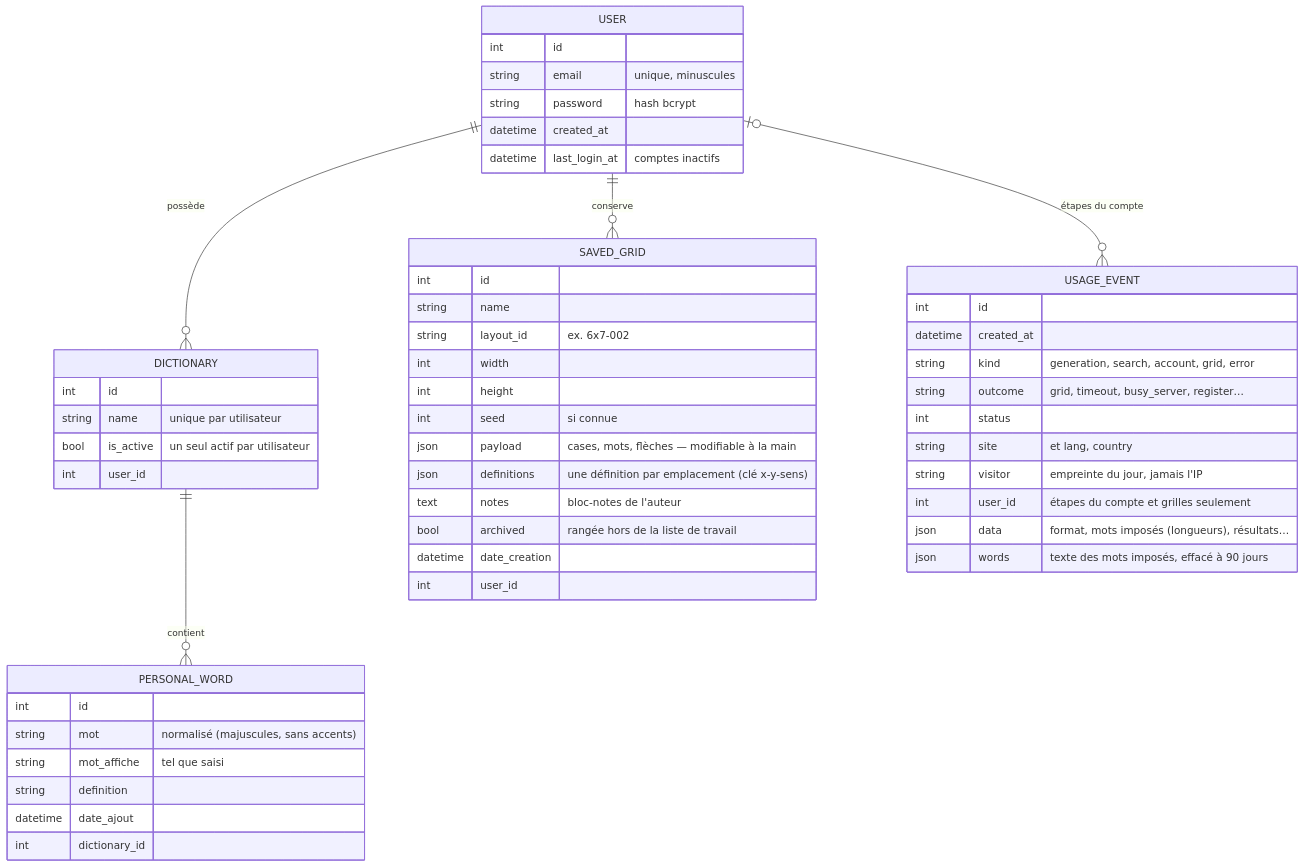
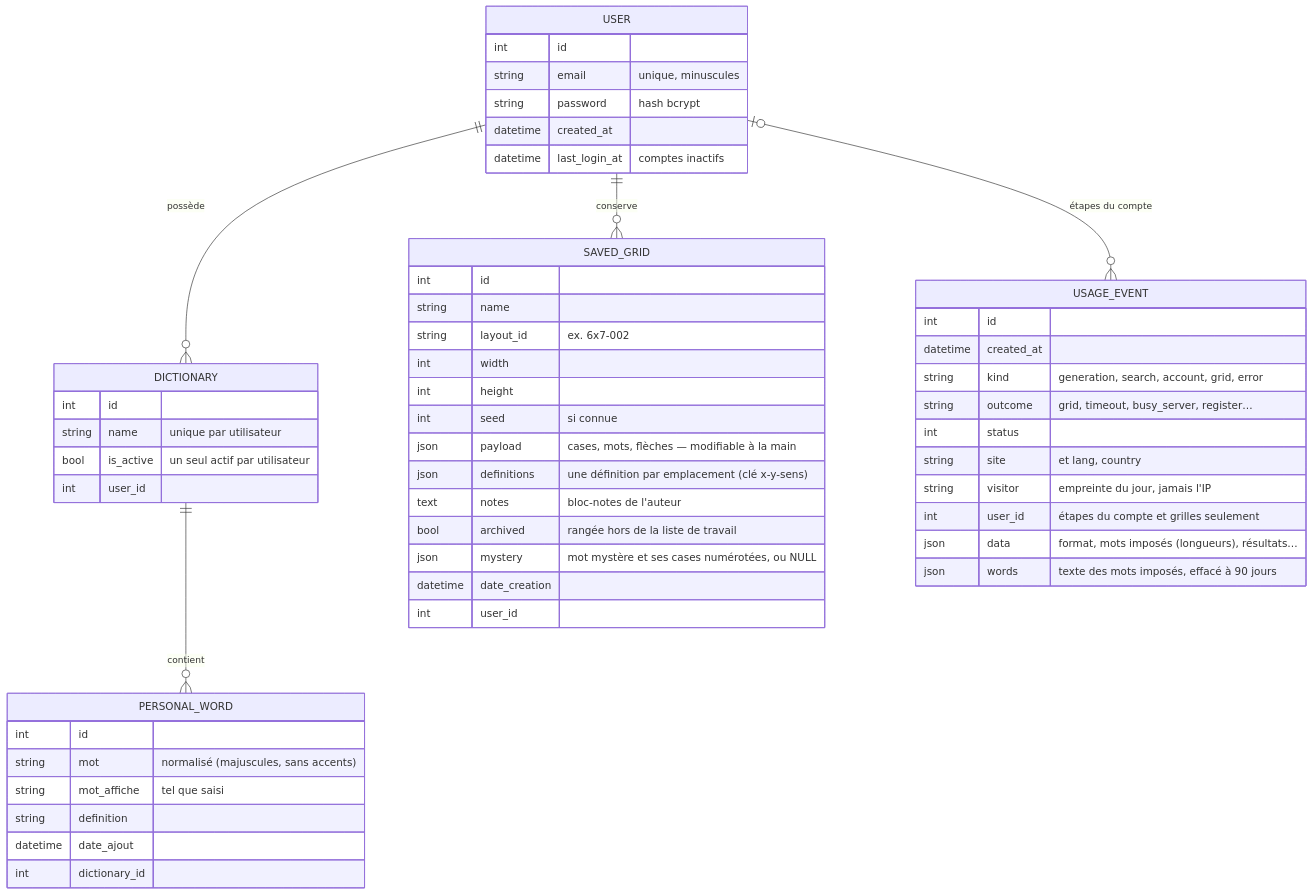
The second of 3 diagrams in docs/ARCHITECTURE.md (maximefd/leflechoir-site), drawn with Mermaid before and after one commit. The commit also changed other lines of this file and 76 other files, not shown here.

````diff
--- a/docs/ARCHITECTURE.md
+++ b/docs/ARCHITECTURE.md
@@ -96,54 +97,55 @@
 ```mermaid
 erDiagram
     USER ||--o{ DICTIONARY : possède
     USER ||--o{ SAVED_GRID : conserve
     USER |o--o{ USAGE_EVENT : "étapes du compte"
     DICTIONARY ||--o{ PERSONAL_WORD : contient
     USER {
         int id
         string email "unique, minuscules"
         string password "hash bcrypt"
         datetime created_at
         datetime last_login_at "comptes inactifs"
     }
     DICTIONARY {
         int id
         string name "unique par utilisateur"
         bool is_active "un seul actif par utilisateur"
         int user_id
     }
     PERSONAL_WORD {
         int id
         string mot "normalisé (majuscules, sans accents)"
         string mot_affiche "tel que saisi"
         string definition
         datetime date_ajout
         int dictionary_id
     }
     SAVED_GRID {
         int id
         string name
         string layout_id "ex. 6x7-002"
         int width
         int height
         int seed "si connue"
         json payload "cases, mots, flèches — modifiable à la main"
         json definitions "une définition par emplacement (clé x-y-sens)"
         text notes "bloc-notes de l'auteur"
         bool archived "rangée hors de la liste de travail"
+        json mystery "mot mystère et ses cases numérotées, ou NULL"
         datetime date_creation
         int user_id
     }
     USAGE_EVENT {
         int id
         datetime created_at
         string kind "generation, search, account, grid, error"
         string outcome "grid, timeout, busy_server, register…"
         int status
         string site "et lang, country"
         string visitor "empreinte du jour, jamais l'IP"
         int user_id "étapes du compte et grilles seulement"
         json data "format, mots imposés (longueurs), résultats…"
         json words "texte des mots imposés, effacé à 90 jours"
     }
 ```
````
